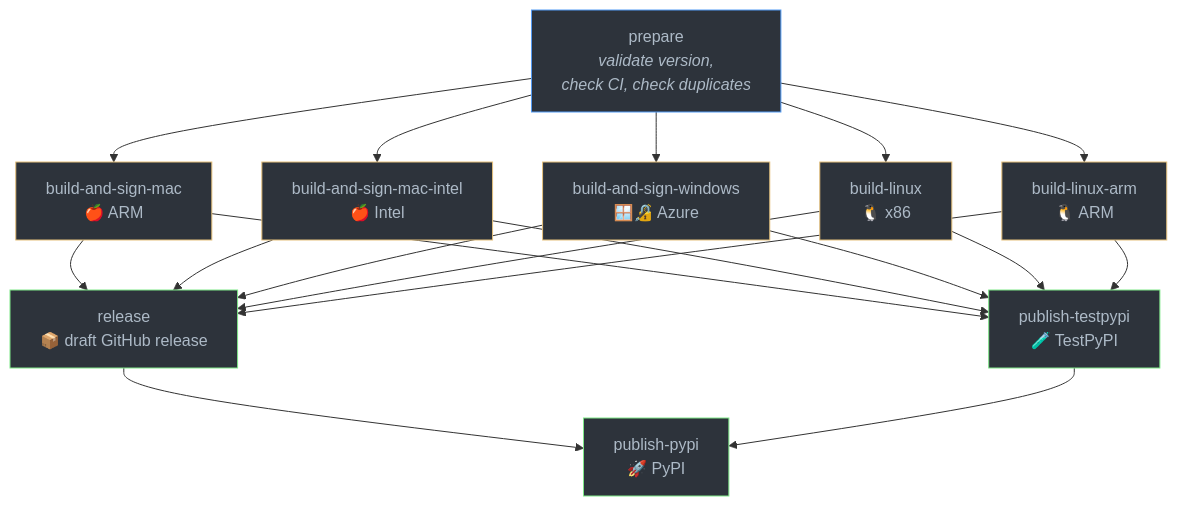
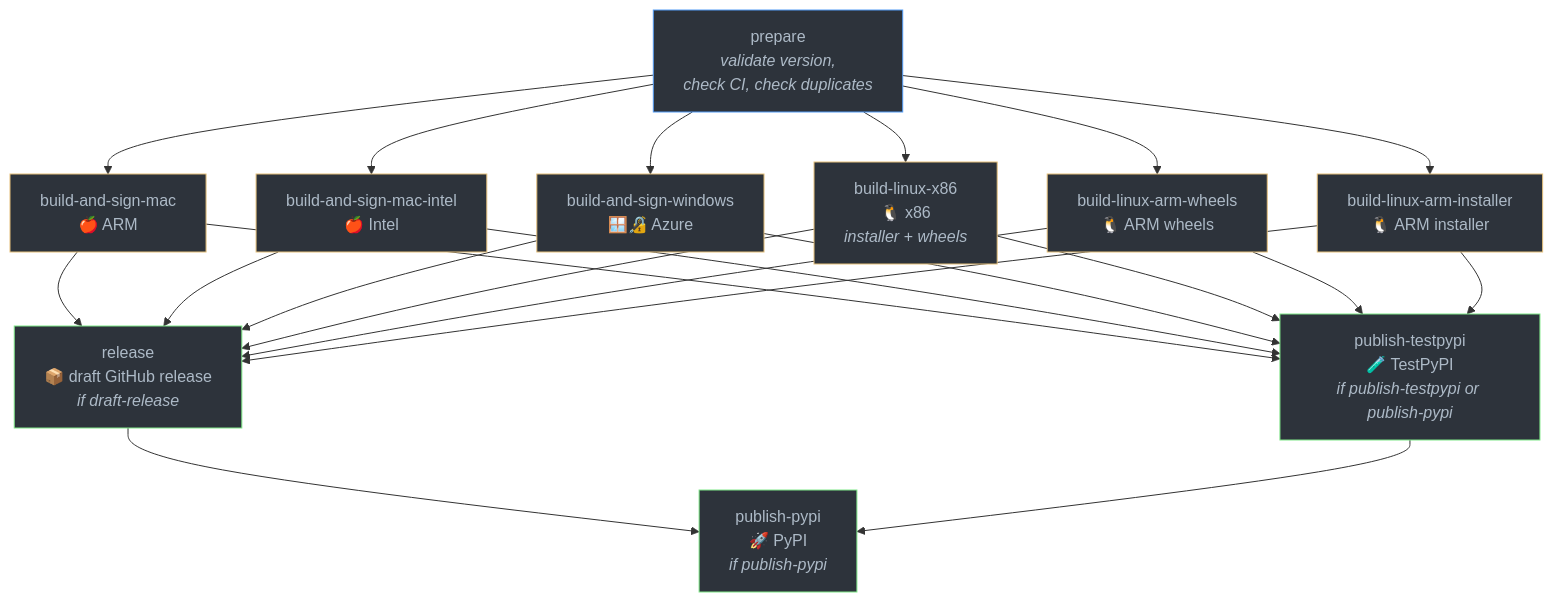
The second of 3 diagrams in docs/releasing.md (ankitects/anki), drawn with Mermaid before and after one commit. The commit also changed other lines of this file and 1 other file, not shown here.

Commit message:
Simplify release inputs.

````diff
--- a/docs/releasing.md
+++ b/docs/releasing.md
@@ -31,41 +31,45 @@
 ```mermaid
 flowchart TD
     prepare[prepare<br/><i>validate version,<br/>check CI, check duplicates</i>]
 
     prepare --> mac["build-and-sign-mac<br/>🍎 ARM"]
     prepare --> macint["build-and-sign-mac-intel<br/>🍎 Intel"]
     prepare --> win["build-and-sign-windows<br/>🪟🔏 Azure"]
-    prepare --> lin[build-linux<br/>🐧 x86]
-    prepare --> linarm[build-linux-arm<br/>🐧 ARM]
+    prepare --> lin[build-linux-x86<br/>🐧 x86<br/><i>installer + wheels</i>]
+    prepare --> linarmw[build-linux-arm-wheels<br/>🐧 ARM wheels]
+    prepare --> linarmi[build-linux-arm-installer<br/>🐧 ARM installer]
 
     mac --> release
     macint --> release
     win --> release
     lin --> release
-    linarm --> release
+    linarmw --> release
+    linarmi --> release
 
-    release["release<br/>📦 draft GitHub release"]
+    release["release<br/>📦 draft GitHub release<br/><i>if draft-release</i>"]
 
     mac --> testpypi
     macint --> testpypi
     win --> testpypi
     lin --> testpypi
-    linarm --> testpypi
+    linarmw --> testpypi
+    linarmi --> testpypi
 
-    testpypi["publish-testpypi<br/>🧪 TestPyPI"]
+    testpypi["publish-testpypi<br/>🧪 TestPyPI<br/><i>if publish-testpypi or publish-pypi</i>"]
 
     release --> pypi
     testpypi --> pypi
 
-    pypi["publish-pypi<br/>🚀 PyPI"]
+    pypi["publish-pypi<br/>🚀 PyPI<br/><i>if publish-pypi</i>"]
 
     style prepare fill:#2d333b,stroke:#539bf5,color:#adbac7
     style mac fill:#2d333b,stroke:#e5c07b,color:#adbac7
     style macint fill:#2d333b,stroke:#e5c07b,color:#adbac7
     style win fill:#2d333b,stroke:#e5c07b,color:#adbac7
     style lin fill:#2d333b,stroke:#e5c07b,color:#adbac7
-    style linarm fill:#2d333b,stroke:#e5c07b,color:#adbac7
+    style linarmw fill:#2d333b,stroke:#e5c07b,color:#adbac7
+    style linarmi fill:#2d333b,stroke:#e5c07b,color:#adbac7
     style release fill:#2d333b,stroke:#7ee787,color:#adbac7
     style testpypi fill:#2d333b,stroke:#7ee787,color:#adbac7
     style pypi fill:#2d333b,stroke:#7ee787,color:#adbac7
 ```
````
